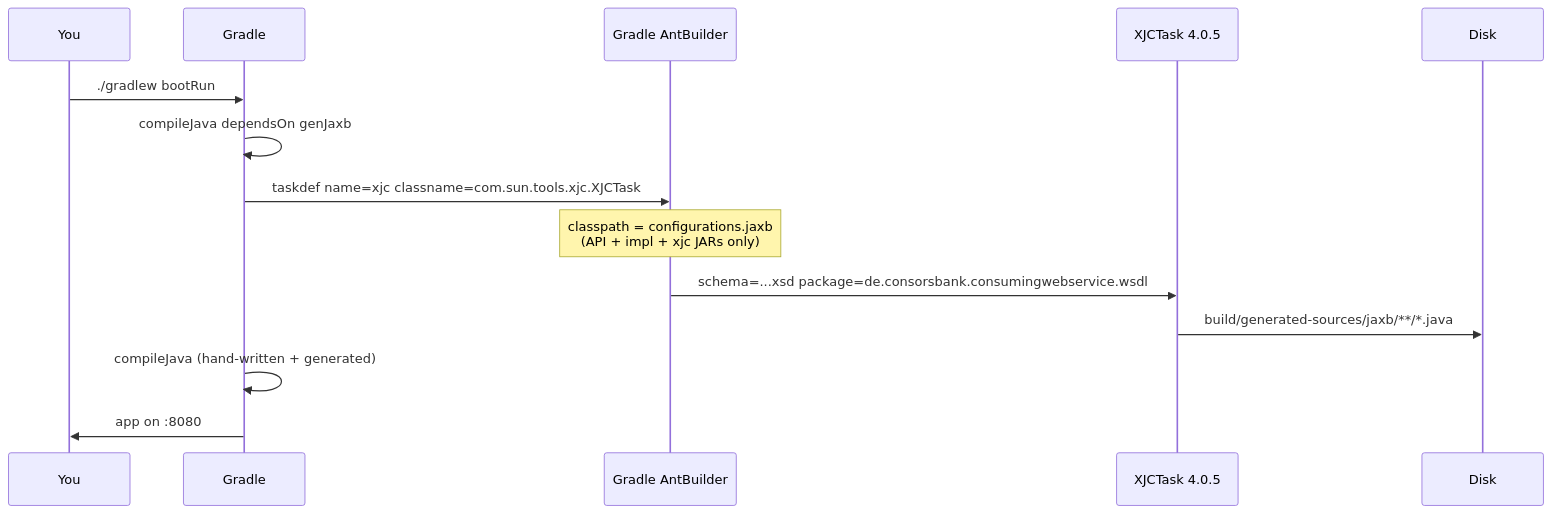
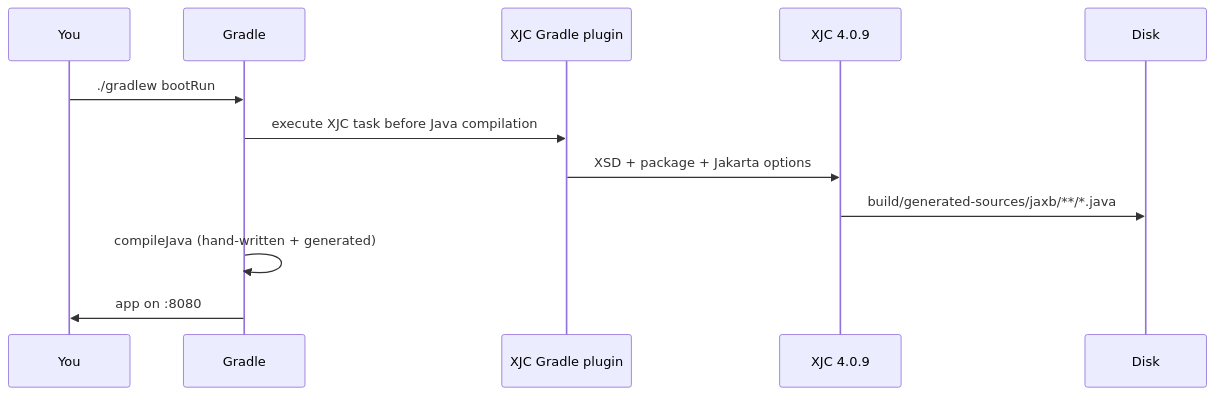
The second of 4 diagrams in docs/02-architecture.md (mohamedashfaq01/spring-boot-jaxb-ant-codegen), drawn with Mermaid before and after one commit. The commit also changed other lines of this file and 74 other files, not shown here.

Commit message:
Remove obsolete files and migrate to Gradle XJC plugin for JAXB generation

````diff
--- a/docs/02-architecture.md
+++ b/docs/02-architecture.md
@@ -86,17 +98,15 @@
 ```mermaid
 sequenceDiagram
     participant You
     participant Gradle
-    participant Ant as Gradle AntBuilder
-    participant XJC as XJCTask 4.0.5
+    participant Plugin as XJC Gradle plugin
+    participant XJC as XJC 4.0.9
     participant Disk
 
     You->>Gradle: ./gradlew bootRun
-    Gradle->>Gradle: compileJava dependsOn genJaxb
-    Gradle->>Ant: taskdef name=xjc classname=com.sun.tools.xjc.XJCTask
-    Note over Ant: classpath = configurations.jaxb<br/>(API + impl + xjc JARs only)
-    Ant->>XJC: schema=...xsd package=de.consorsbank.consumingwebservice.wsdl
+    Gradle->>Plugin: execute XJC task before Java compilation
+    Plugin->>XJC: XSD + package + Jakarta options
     XJC->>Disk: build/generated-sources/jaxb/**/*.java
     Gradle->>Gradle: compileJava (hand-written + generated)
     Gradle->>You: app on :8080
 ```
````
